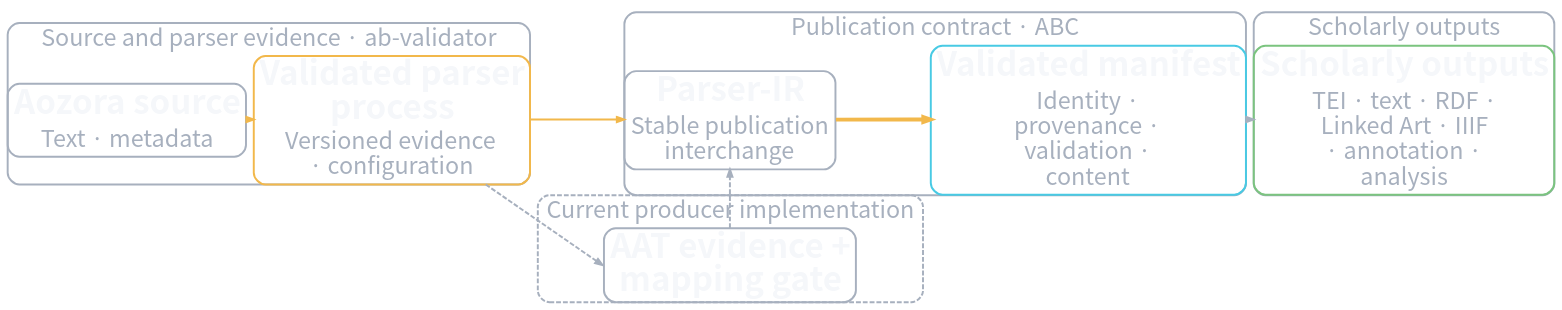
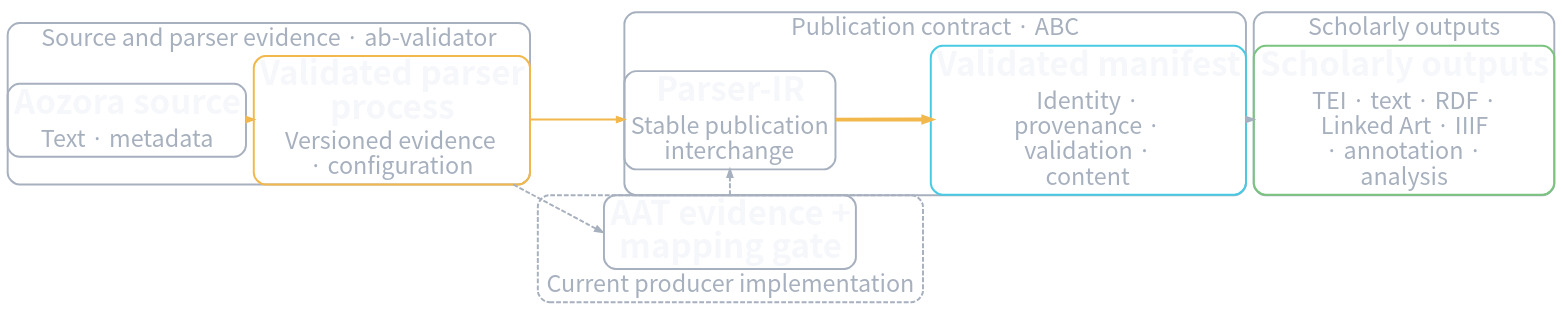
Before and after one commit to borh/abc: the diagram in abc/docs/figures/soranoha-publication-pipeline.dot, drawn with Graphviz. The commit also changed 3 other files, not shown here.

Commit message:
docs(diagram): regenerate cleaner academic figures

```diff
--- a/abc/docs/figures/soranoha-publication-pipeline.dot
+++ b/abc/docs/figures/soranoha-publication-pipeline.dot
@@ -1,62 +1,63 @@
 // GENERATED by clojure -M:abc/presentation-diagrams — do not edit
 digraph "publication" {
   graph [bgcolor="transparent",fontcolor="#F5F7FA",fontname="Noto Sans CJK JP",margin="0",nodesep="0.02",pad="0.05",rankdir="LR",ranksep="0.10",splines="polyline"];
   node [fontname="Noto Sans CJK JP",margin="0.04,0.02"];
   edge [arrowsize="0.75"];
   subgraph "cluster_abc" {
     label="Publication contract · ABC";
     color="#A7B0BE";
     penwidth="2";
     fontname="Noto Sans CJK JP";
     fontcolor="#A7B0BE";
     fontsize="24";
     margin="0";
     style="rounded";
     "manifest" [color="#48CAE4",fontcolor="#F5F7FA",group="primary",label=<<TABLE BORDER="0" CELLBORDER="0" CELLPADDING="1"><TR><TD><FONT POINT-SIZE="34"><B>Validated manifest</B></FONT></TD></TR><TR><TD><FONT COLOR="#A7B0BE" POINT-SIZE="24">Identity ·<BR/>provenance ·<BR/>validation ·<BR/>content</FONT></TD></TR></TABLE>>,penwidth="2",shape="rect",style="rounded"];
     "parser_ir" [color="#A7B0BE",fontcolor="#F5F7FA",group="primary",label=<<TABLE BORDER="0" CELLBORDER="0" CELLPADDING="1"><TR><TD><FONT POINT-SIZE="34"><B>Parser-IR</B></FONT></TD></TR><TR><TD><FONT COLOR="#A7B0BE" POINT-SIZE="24">Stable publication<BR/>interchange</FONT></TD></TR></TABLE>>,penwidth="2",shape="rect",style="rounded"];
   }
   subgraph "cluster_current_inset" {
     label="Current producer implementation";
     color="#A7B0BE";
     penwidth="2";
     fontname="Noto Sans CJK JP";
     fontcolor="#A7B0BE";
     fontsize="24";
     margin="0";
     style="rounded,dashed";
+    labelloc="b";
     "aat_detail" [color="#A7B0BE",fontcolor="#F5F7FA",label=<<TABLE BORDER="0" CELLBORDER="0" CELLPADDING="1"><TR><TD><FONT POINT-SIZE="34"><B>AAT evidence +<BR/>mapping gate</B></FONT></TD></TR></TABLE>>,penwidth="2",shape="rect",style="rounded"];
   }
   subgraph "cluster_producer" {
     label="Source and parser evidence · ab-validator";
     color="#A7B0BE";
     penwidth="2";
     fontname="Noto Sans CJK JP";
     fontcolor="#A7B0BE";
     fontsize="24";
     margin="0";
     style="rounded";
     "parser_process" [color="#F2B84B",fontcolor="#F5F7FA",group="primary",label=<<TABLE BORDER="0" CELLBORDER="0" CELLPADDING="1"><TR><TD><FONT POINT-SIZE="34"><B>Validated parser<BR/>process</B></FONT></TD></TR><TR><TD><FONT COLOR="#A7B0BE" POINT-SIZE="24">Versioned evidence<BR/>· configuration</FONT></TD></TR></TABLE>>,penwidth="2",shape="rect",style="rounded"];
     "source" [color="#A7B0BE",fontcolor="#F5F7FA",group="primary",label=<<TABLE BORDER="0" CELLBORDER="0" CELLPADDING="1"><TR><TD><FONT POINT-SIZE="34"><B>Aozora source</B></FONT></TD></TR><TR><TD><FONT COLOR="#A7B0BE" POINT-SIZE="24">Text · metadata</FONT></TD></TR></TABLE>>,penwidth="2",shape="rect",style="rounded"];
   }
   subgraph "cluster_scholarship" {
     label="Scholarly outputs";
     color="#A7B0BE";
     penwidth="2";
     fontname="Noto Sans CJK JP";
     fontcolor="#A7B0BE";
     fontsize="24";
     margin="0";
     style="rounded";
     "outputs" [color="#7BC47F",fontcolor="#F5F7FA",group="primary",label=<<TABLE BORDER="0" CELLBORDER="0" CELLPADDING="1"><TR><TD><FONT POINT-SIZE="34"><B>Scholarly outputs</B></FONT></TD></TR><TR><TD><FONT COLOR="#A7B0BE" POINT-SIZE="24">TEI · text · RDF ·<BR/>Linked Art · IIIF<BR/>· annotation ·<BR/>analysis</FONT></TD></TR></TABLE>>,penwidth="2",shape="rect",style="rounded"];
   }
   "source" -> "parser_process" [style="invis",weight="100"];
   "parser_process" -> "parser_ir" [style="invis",weight="100"];
   "parser_ir" -> "manifest" [style="invis",weight="100"];
   "manifest" -> "outputs" [style="invis",weight="100"];
   "aat_detail" -> "parser_ir" [color="#A7B0BE",fontcolor="#A7B0BE",fontname="Noto Sans CJK JP",fontsize="24",penwidth="2",style="dashed"];
   "manifest" -> "outputs" [color="#A7B0BE",fontcolor="#A7B0BE",fontname="Noto Sans CJK JP",fontsize="24",penwidth="2",style="solid"];
   "parser_ir" -> "manifest" [color="#F2B84B",fontcolor="#A7B0BE",fontname="Noto Sans CJK JP",fontsize="24",penwidth="4",style="solid"];
   "parser_process" -> "aat_detail" [color="#A7B0BE",fontcolor="#A7B0BE",fontname="Noto Sans CJK JP",fontsize="24",headport="w",penwidth="2",style="dashed"];
   "parser_process" -> "parser_ir" [color="#F2B84B",fontcolor="#A7B0BE",fontname="Noto Sans CJK JP",fontsize="24",penwidth="2",style="solid"];
   "source" -> "parser_process" [color="#F2B84B",fontcolor="#A7B0BE",fontname="Noto Sans CJK JP",fontsize="24",penwidth="2",style="solid"];
 }
```
